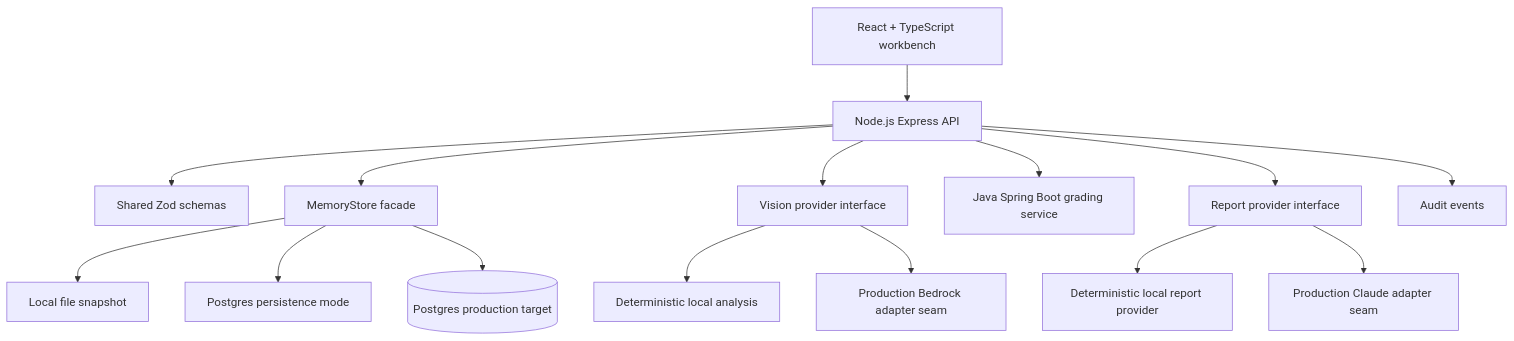
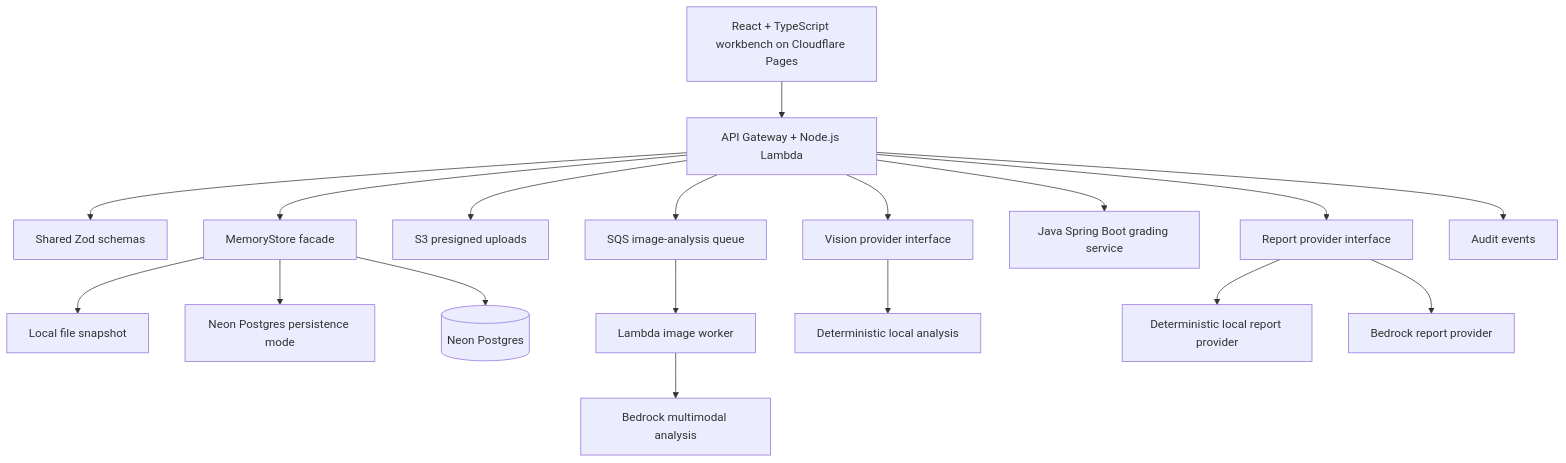
One commit to manynames3/inspectiq changed the diagram in README.md. Above: the diagram before and after it, drawn with Mermaid. The commit also changed other lines of this file and 40 other files, not shown here.

````diff
--- a/README.md
+++ b/README.md
@@ -53,17 +53,20 @@
 ```mermaid
 flowchart TD
-  Web[React + TypeScript workbench] --> API[Node.js Express API]
+  Web[React + TypeScript workbench on Cloudflare Pages] --> API[API Gateway + Node.js Lambda]
   API --> Shared[Shared Zod schemas]
   API --> Store[MemoryStore facade]
   Store --> FileStore[Local file snapshot]
-  Store --> PostgresStore[Postgres persistence mode]
+  Store --> PostgresStore[Neon Postgres persistence mode]
+  API --> S3[S3 presigned uploads]
+  API --> SQS[SQS image-analysis queue]
+  SQS --> Worker[Lambda image worker]
   API --> Vision[Vision provider interface]
   Vision --> LocalVision[Deterministic local analysis]
-  Vision --> BedrockVision[Production Bedrock adapter seam]
+  Worker --> BedrockVision[Bedrock multimodal analysis]
   API --> Grade[Java Spring Boot grading service]
   API --> Report[Report provider interface]
   Report --> LocalReport[Deterministic local report provider]
-  Report --> BedrockReport[Production Claude adapter seam]
+  Report --> BedrockReport[Bedrock report provider]
   API --> Audit[Audit events]
-  Store --> PG[(Postgres production target)]
+  Store --> PG[(Neon Postgres)]
 ```
````
